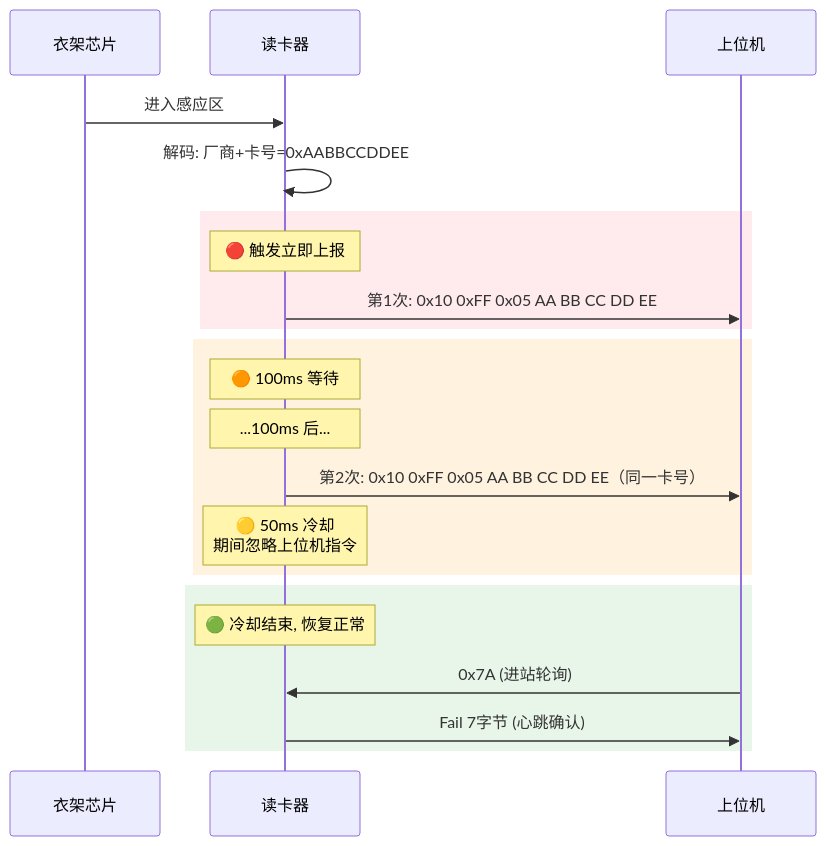
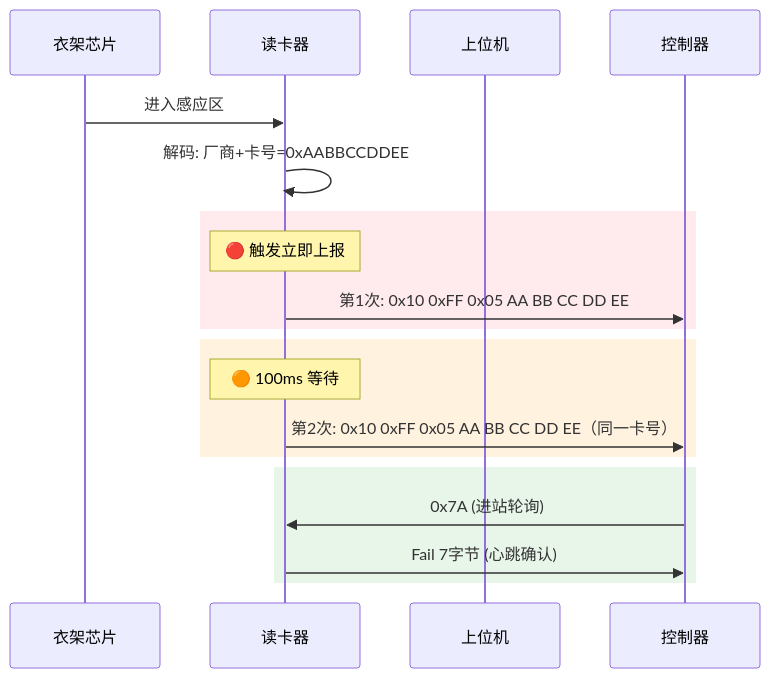
The first of 2 diagrams in 工作/[[SR3读卡器]]/260804SR3新框架整理.md (Siaiai/ObsidianNote), drawn with Mermaid before and after one commit. The commit also changed other lines of this file, not shown here.

````diff
--- a/工作/[[SR3读卡器]]/260804SR3新框架整理.md
+++ b/工作/[[SR3读卡器]]/260804SR3新框架整理.md
@@ -69,27 +69,24 @@
 ```mermaid
 sequenceDiagram
     participant 衣架芯片
     participant 读卡器
     participant 上位机
 
     衣架芯片->>读卡器: 进入感应区
     读卡器->>读卡器: 解码: 厂商+卡号=0xAABBCCDDEE
 
     rect rgb(255, 235, 238)
         Note over 读卡器: 🔴 触发立即上报
-        读卡器->>上位机: 第1次: 0x10 0xFF 0x05 AA BB CC DD EE
+        读卡器->>控制器: 第1次: 0x10 0xFF 0x05 AA BB CC DD EE
     end
 
     rect rgb(255, 243, 224)
         Note over 读卡器: 🟠 100ms 等待
-        Note over 读卡器: ...100ms 后...
-        读卡器->>上位机: 第2次: 0x10 0xFF 0x05 AA BB CC DD EE（同一卡号）
-        Note over 读卡器: 🟡 50ms 冷却<br/>期间忽略上位机指令
+        读卡器->>控制器: 第2次: 0x10 0xFF 0x05 AA BB CC DD EE（同一卡号）
     end
 
     rect rgb(232, 245, 233)
-        Note over 读卡器: 🟢 冷却结束, 恢复正常
-        上位机->>读卡器: 0x7A (进站轮询)
-        读卡器->>上位机: Fail 7字节 (心跳确认)
+        控制器->>读卡器: 0x7A (进站轮询)
+        读卡器->>控制器: Fail 7字节 (心跳确认)
     end
 ```
````
